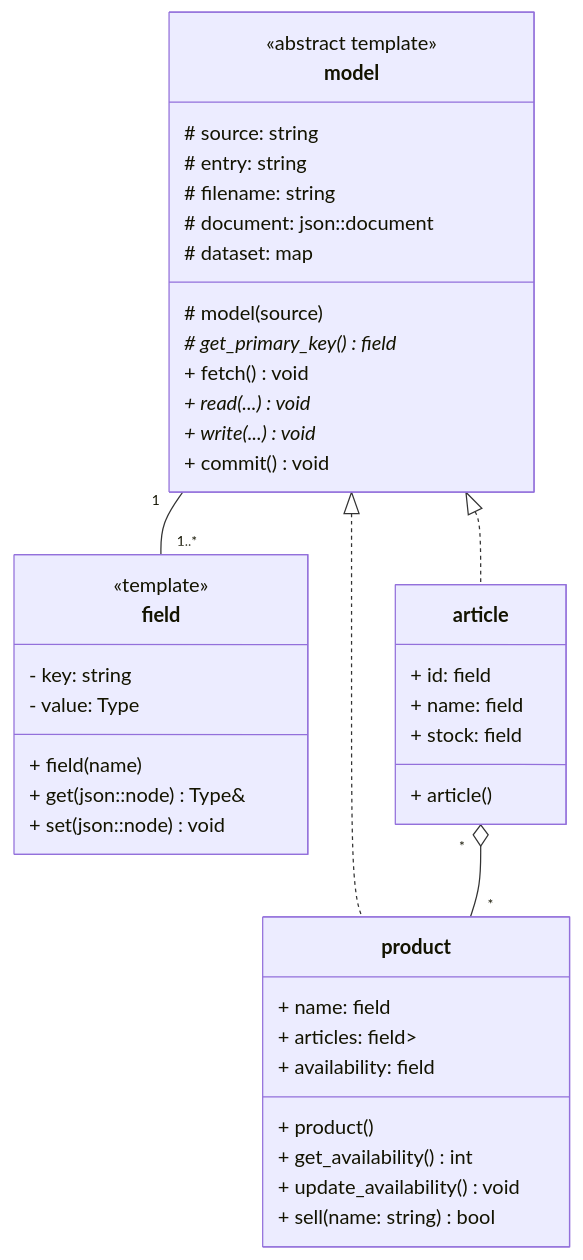
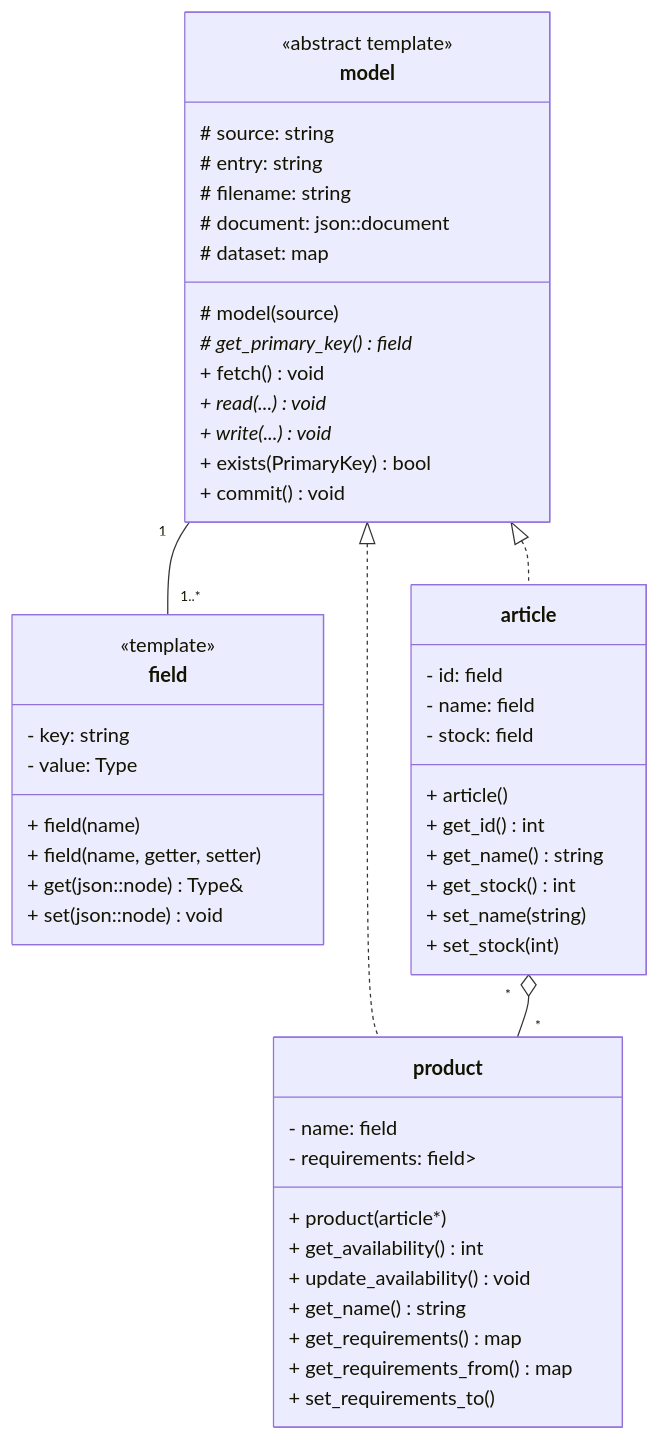
The diagram in docs/data-models.md (zatarain/warehouse), drawn with Mermaid before and after one commit. The commit also changed 1 other file, not shown here.

Commit message:
Adding getters and setters to the models.

````diff
--- a/docs/data-models.md
+++ b/docs/data-models.md
@@ -1,48 +1,57 @@
 ```mermaid
 classDiagram
     model "1" -- "1..*" field
     model <|.. product
     model <|.. article
     article "*" o-- "*" product
 
     class field {
         <<template<Type>>>
         - key: string
         - value: Type
         + field(name)
+        + field(name, getter, setter)
         + get(json::node) Type&
         + set(json::node) void
     }
 
     class model {
         <<abstract template<PrimaryKey>>>
         # source: string
         # entry: string
         # filename: string
         # document: json::document
         # dataset: map<PrimaryKey, json::node>
         # model(source)
         # get_primary_key()* field<PrimeryKey>
         + fetch() void
         + read(...)* void
         + write(...)* void
+        + exists(PrimaryKey) bool
         + commit() void
     }
 
     class article {
-        + id: field<int>
-        + name: field<string>
-        + stock: field<int>
+        - id: field<int>
+        - name: field<string>
+        - stock: field<int>
         + article()
+        + get_id() int
+        + get_name() string
+        + get_stock() int
+        + set_name(string)
+        + set_stock(int)
     }
 
     class product {
-        + name: field<string>
-        + articles: field<map<int, int>>
-        + availability: field<int>
-        + product()
+        - name: field<string>
+        - requirements: field<map<int, int>>
+        + product(article*)
         + get_availability() int
         + update_availability() void
-        + sell(name: string) bool
+        + get_name() string
+        + get_requirements() map<int,int>
+        + get_requirements_from() map<int,int>
+        + set_requirements_to()
     }
 ```
````
